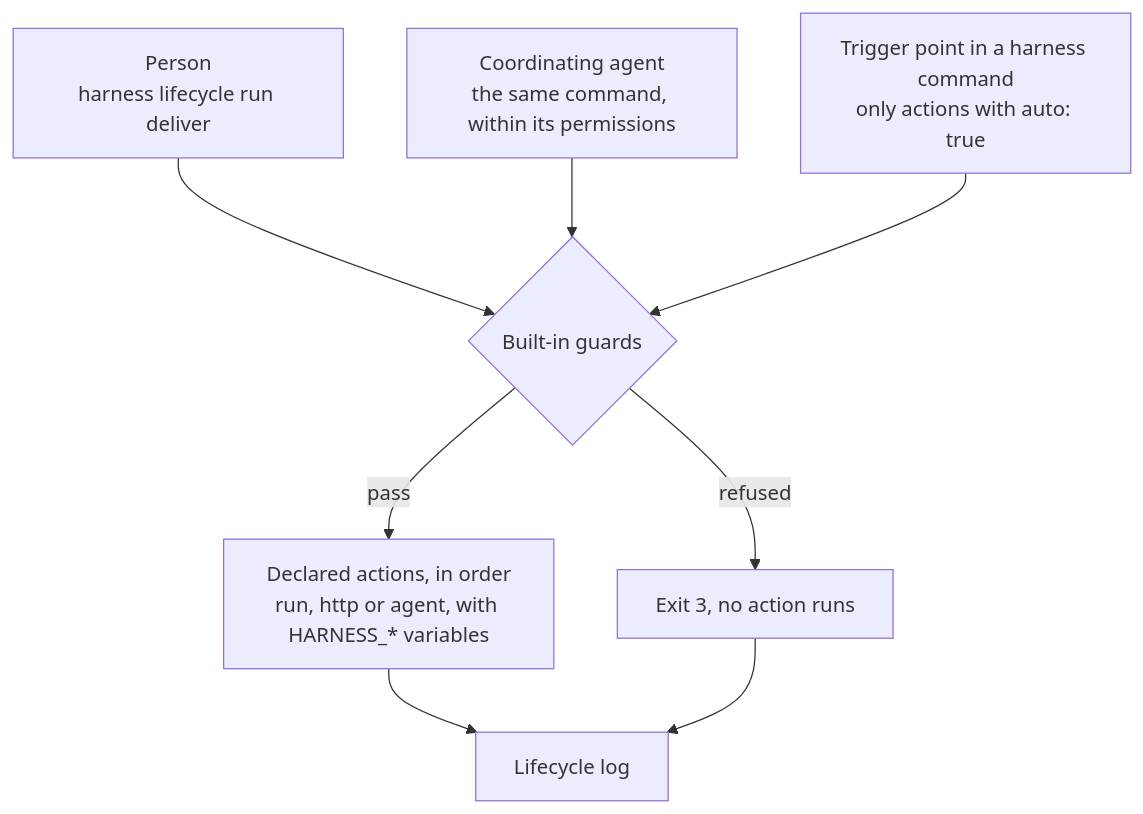
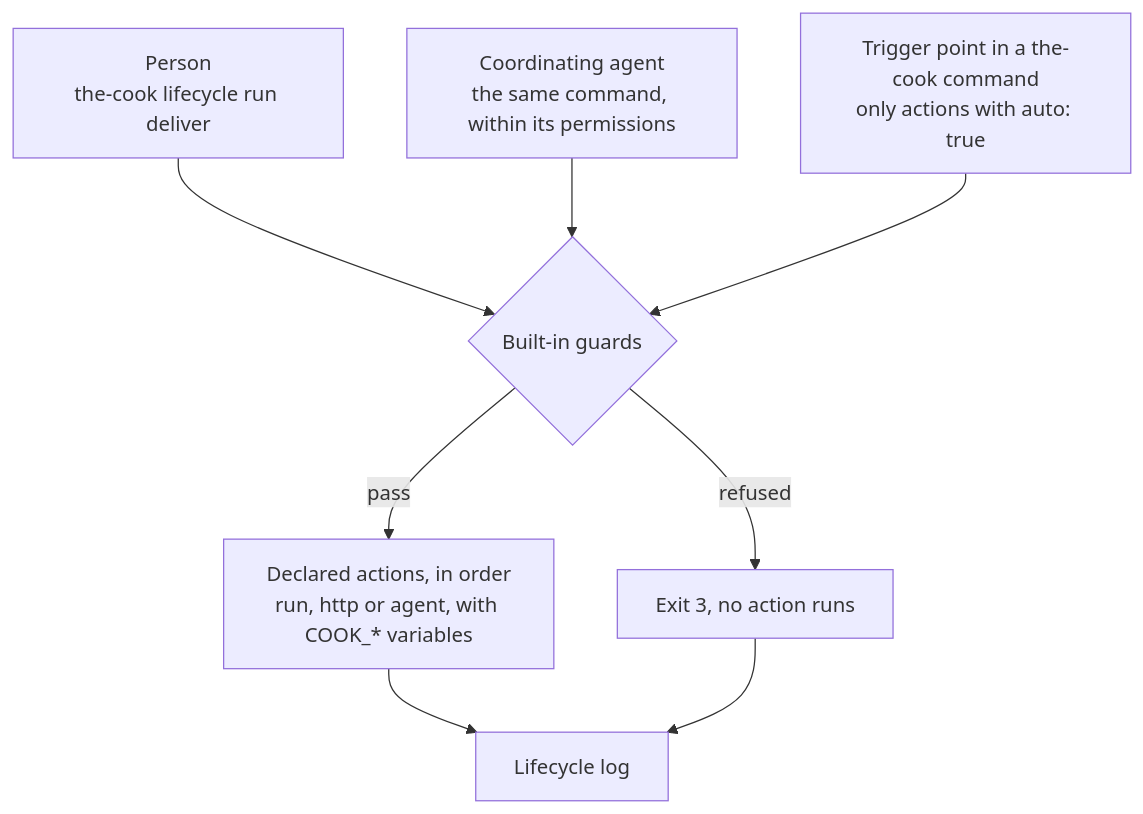
One commit to lmarqs/harness changed the second of 2 diagrams in docs/features/lifecycle.md. Above: the diagram before and after it, drawn with Mermaid. The commit also changed other lines of this file and 64 other files, not shown here.

````diff
--- a/docs/features/lifecycle.md
+++ b/docs/features/lifecycle.md
@@ -169,10 +169,10 @@
 ```mermaid
 flowchart TD
-  p["Person<br/>harness lifecycle run deliver"] --> g
+  p["Person<br/>the-cook lifecycle run deliver"] --> g
   a["Coordinating agent<br/>the same command, within its permissions"] --> g
-  t["Trigger point in a harness command<br/>only actions with auto: true"] --> g
+  t["Trigger point in a the-cook command<br/>only actions with auto: true"] --> g
   g{"Built-in guards"} -- refused --> b["Exit 3, no action runs"]
-  g -- pass --> r["Declared actions, in order<br/>run, http or agent, with HARNESS_* variables"]
+  g -- pass --> r["Declared actions, in order<br/>run, http or agent, with COOK_* variables"]
   r --> j["Lifecycle log"]
   b --> j
 ```
````
